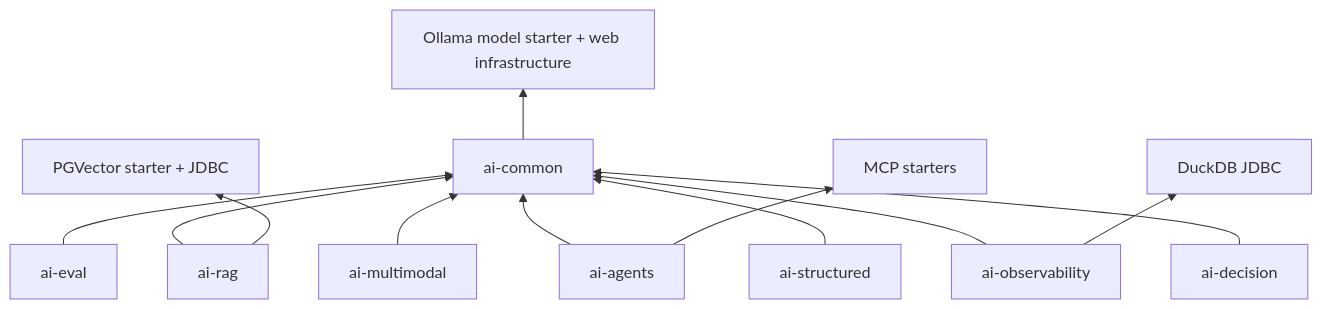
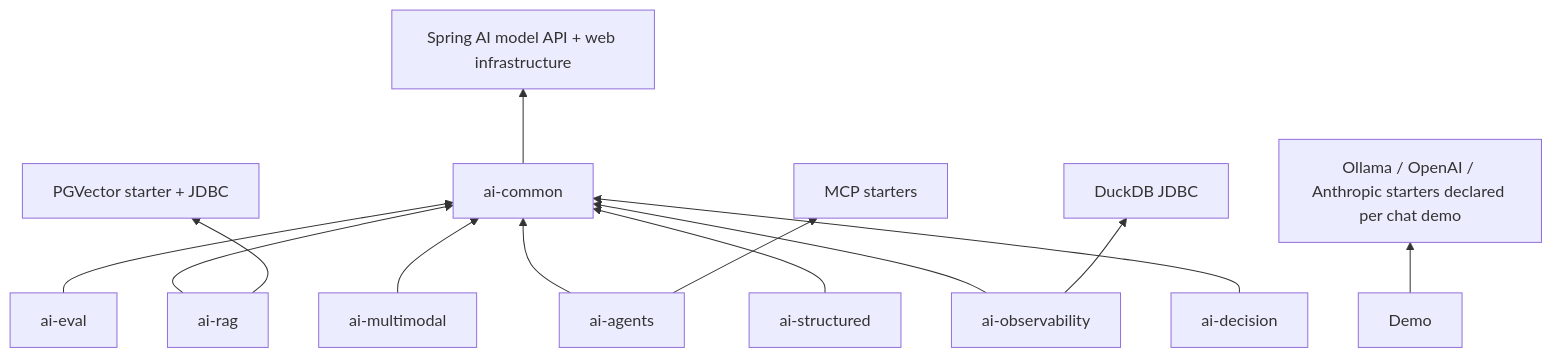
The second of 3 diagrams in docs/architecture.md (prasadgaikwad/spring-ai-apps), drawn with Mermaid before and after one commit. The commit also changed other lines of this file and 32 other files, not shown here.

````diff
--- a/docs/architecture.md
+++ b/docs/architecture.md
@@ -44,14 +44,15 @@
 ```mermaid
 flowchart BT
     R[ai-rag] --> C[ai-common]
     A[ai-agents] --> C
     E[ai-eval] --> C
     O[ai-observability] --> C
     M[ai-multimodal] --> C
     S[ai-structured] --> C
     D[ai-decision] --> C
     R --> P[PGVector starter + JDBC]
     O --> Duck[DuckDB JDBC]
     A --> MCP[MCP starters]
-    C --> Ollama[Ollama model starter + web infrastructure]
+    C --> API[Spring AI model API + web infrastructure]
+    Demo --> Ollama[Ollama / OpenAI / Anthropic starters declared per chat demo]
 ```
````
